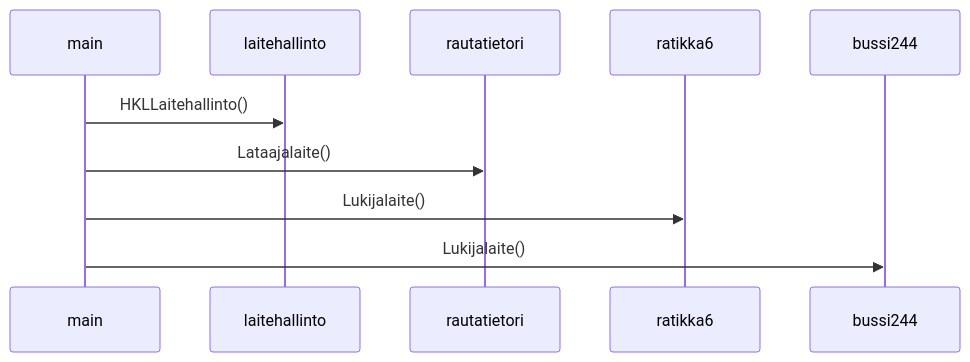
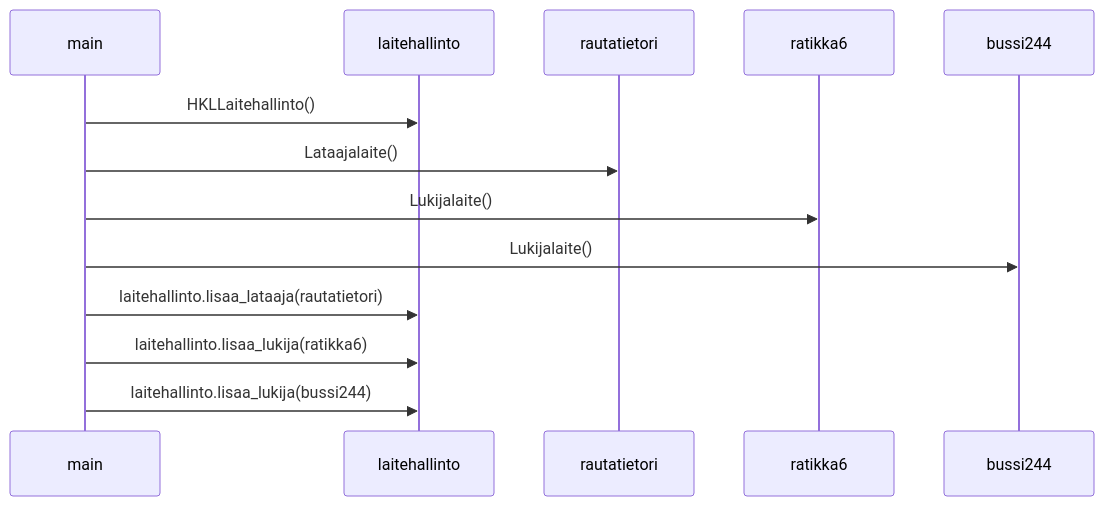
One commit to Nanotiike/ot-harjoitustyo changed the diagram in laskarit/viikko3/hsl-sekvenssikaavio.md. Above: the diagram before and after it, drawn with Mermaid.

````diff
--- a/laskarit/viikko3/hsl-sekvenssikaavio.md
+++ b/laskarit/viikko3/hsl-sekvenssikaavio.md
@@ -3,7 +3,10 @@
 ```mermaid
   sequenceDiagram
     main ->> laitehallinto: HKLLaitehallinto()
     main ->> rautatietori: Lataajalaite()
     main ->> ratikka6: Lukijalaite()
     main ->> bussi244: Lukijalaite()
+    main ->> laitehallinto: laitehallinto.lisaa_lataaja(rautatietori)
+    main ->> laitehallinto: laitehallinto.lisaa_lukija(ratikka6)
+    main ->> laitehallinto: laitehallinto.lisaa_lukija(bussi244)
 ```
````
